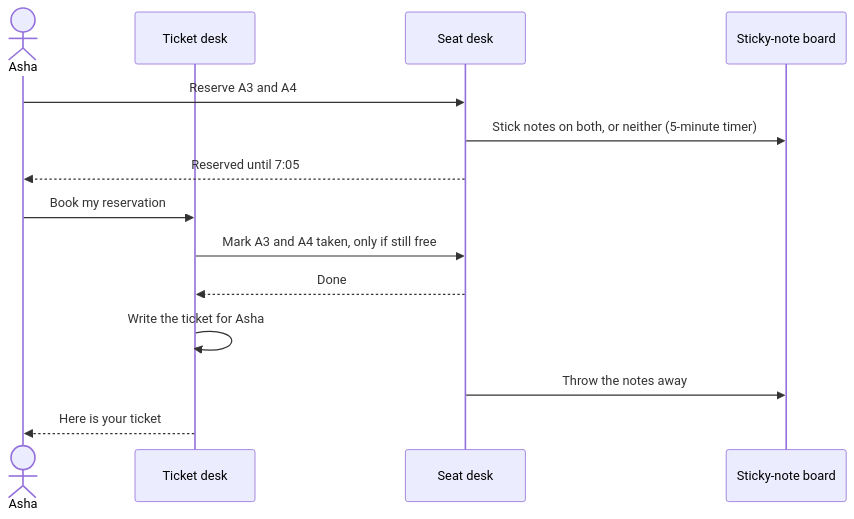
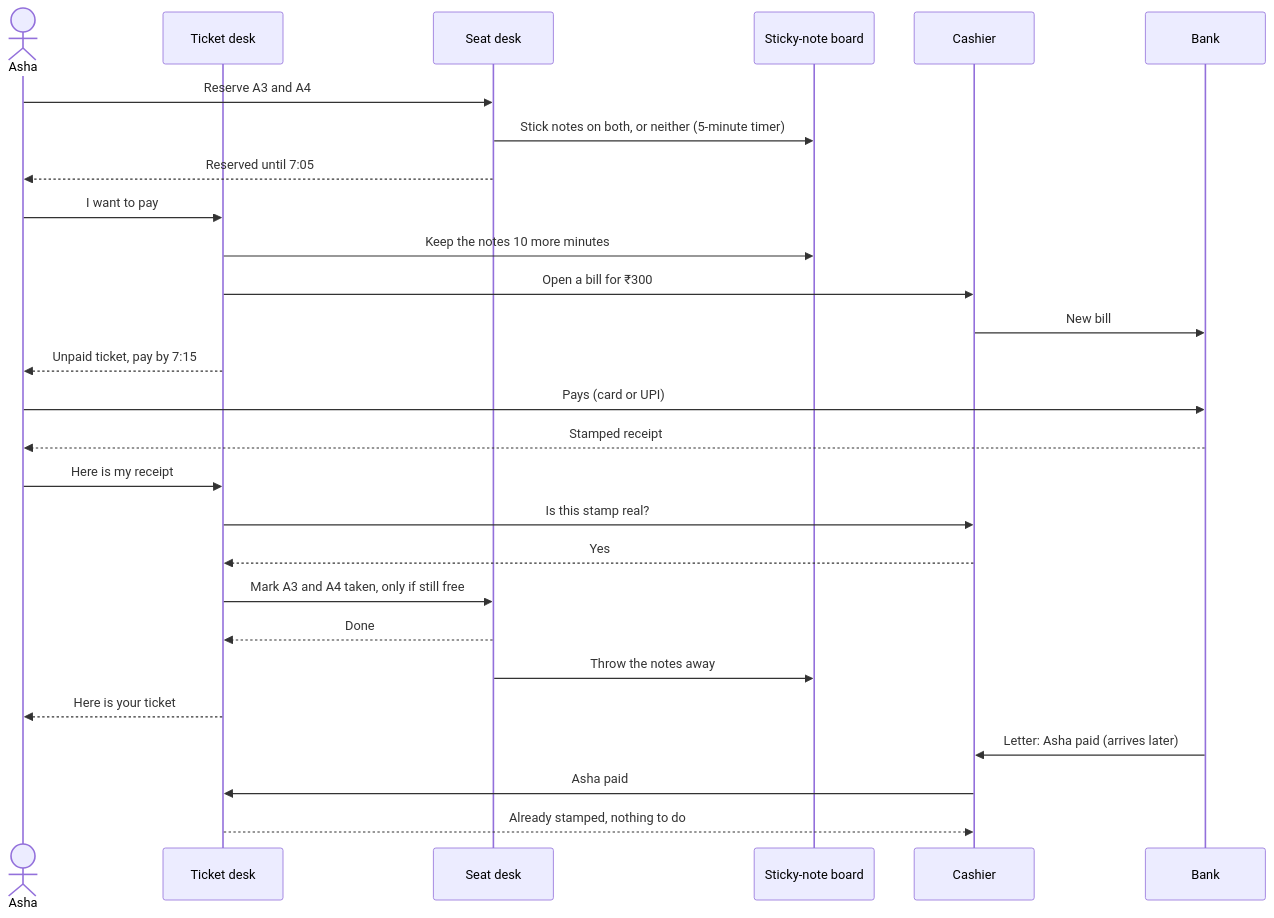
The fourth of 6 diagrams in docs/story.md (GopiSVDev/seat-lock), drawn with Mermaid before and after one commit. The commit also changed other lines of this file and 147 other files, not shown here.

````diff
--- a/docs/story.md
+++ b/docs/story.md
@@ -174,16 +201,29 @@
 ```mermaid
 sequenceDiagram
     actor Asha
     participant Tickets as Ticket desk
     participant Seats as Seat desk
     participant Notes as Sticky-note board
+    participant Cashier
+    participant Bank
     Asha->>Seats: Reserve A3 and A4
     Seats->>Notes: Stick notes on both, or neither (5-minute timer)
     Seats-->>Asha: Reserved until 7:05
-    Asha->>Tickets: Book my reservation
+    Asha->>Tickets: I want to pay
+    Tickets->>Notes: Keep the notes 10 more minutes
+    Tickets->>Cashier: Open a bill for ₹300
+    Cashier->>Bank: New bill
+    Tickets-->>Asha: Unpaid ticket, pay by 7:15
+    Asha->>Bank: Pays (card or UPI)
+    Bank-->>Asha: Stamped receipt
+    Asha->>Tickets: Here is my receipt
+    Tickets->>Cashier: Is this stamp real?
+    Cashier-->>Tickets: Yes
     Tickets->>Seats: Mark A3 and A4 taken, only if still free
     Seats-->>Tickets: Done
-    Tickets->>Tickets: Write the ticket for Asha
     Seats->>Notes: Throw the notes away
     Tickets-->>Asha: Here is your ticket
+    Bank->>Cashier: Letter: Asha paid (arrives later)
+    Cashier->>Tickets: Asha paid
+    Tickets-->>Cashier: Already stamped, nothing to do
 ```
````
